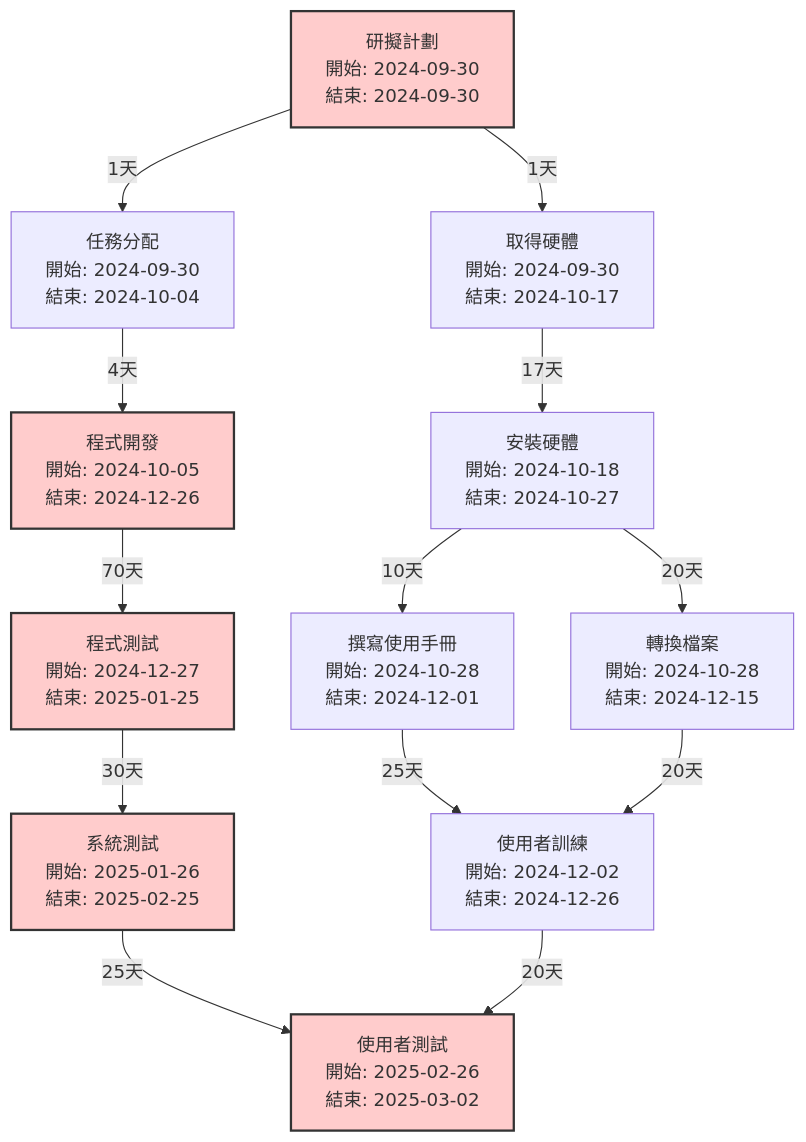
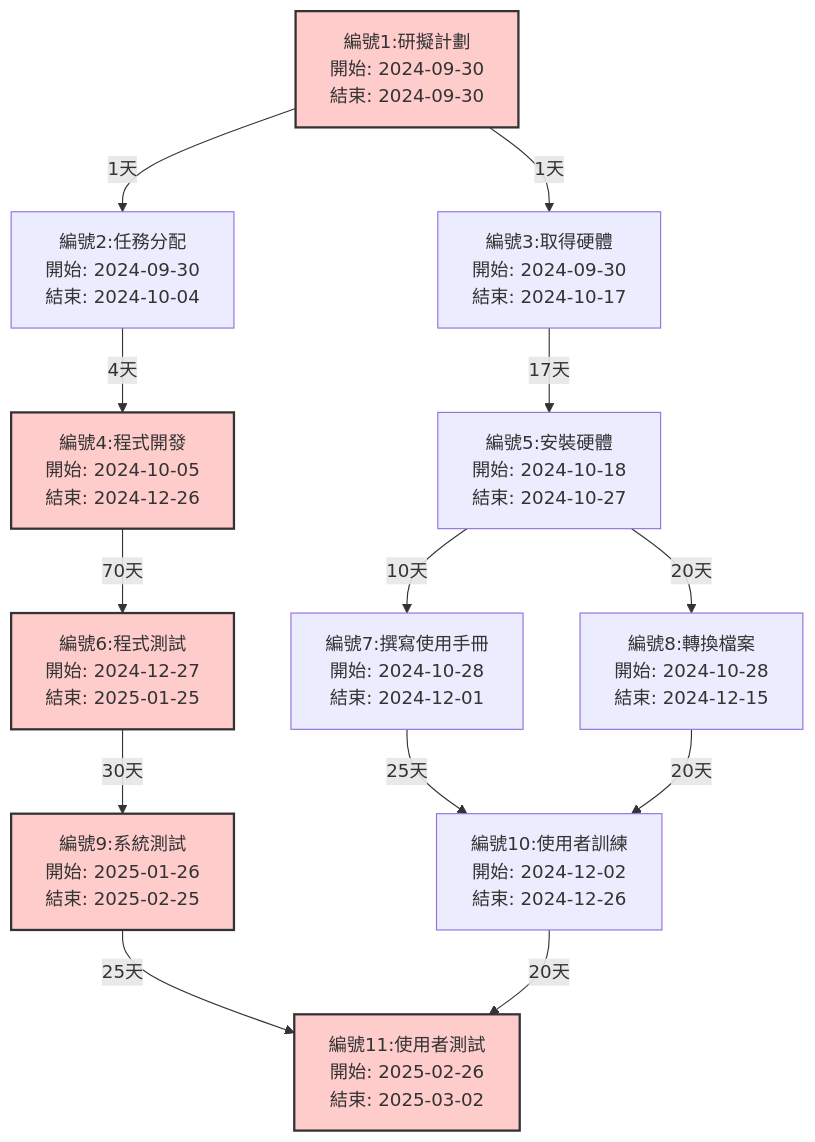
Before and after one commit to gino2066/-: the second of 2 diagrams in README.md, drawn with Mermaid.

````diff
--- a/README.md
+++ b/README.md
@@ -34,21 +34,21 @@
 ```mermaid
 graph TD;
-    A[研擬計劃<br/>開始: 2024-09-30<br/>結束: 2024-09-30] -->|1天| B[任務分配<br/>開始: 2024-09-30<br/>結束: 2024-10-04];
-    A -->|1天| C[取得硬體<br/>開始: 2024-09-30<br/>結束: 2024-10-17];
-    B -->|4天| D[程式開發<br/>開始: 2024-10-05<br/>結束: 2024-12-26];
-    C -->|17天| E[安裝硬體<br/>開始: 2024-10-18<br/>結束: 2024-10-27];
-    D -->|70天| F[程式測試<br/>開始: 2024-12-27<br/>結束: 2025-01-25];
-    E -->|10天| G[撰寫使用手冊<br/>開始: 2024-10-28<br/>結束: 2024-12-01];
-    E -->|20天| H[轉換檔案<br/>開始: 2024-10-28<br/>結束: 2024-12-15];
-    F -->|30天| I[系統測試<br/>開始: 2025-01-26<br/>結束: 2025-02-25];
-    G -->|25天| J[使用者訓練<br/>開始: 2024-12-02<br/>結束: 2024-12-26];
+    A[編號1:研擬計劃<br/>開始: 2024-09-30<br/>結束: 2024-09-30] -->|1天| B[編號2:任務分配<br/>開始: 2024-09-30<br/>結束: 2024-10-04];
+    A -->|1天| C[編號3:取得硬體<br/>開始: 2024-09-30<br/>結束: 2024-10-17];
+    B -->|4天| D[編號4:程式開發<br/>開始: 2024-10-05<br/>結束: 2024-12-26];
+    C -->|17天| E[編號5:安裝硬體<br/>開始: 2024-10-18<br/>結束: 2024-10-27];
+    D -->|70天| F[編號6:程式測試<br/>開始: 2024-12-27<br/>結束: 2025-01-25];
+    E -->|10天| G[編號7:撰寫使用手冊<br/>開始: 2024-10-28<br/>結束: 2024-12-01];
+    E -->|20天| H[編號8:轉換檔案<br/>開始: 2024-10-28<br/>結束: 2024-12-15];
+    F -->|30天| I[編號9:系統測試<br/>開始: 2025-01-26<br/>結束: 2025-02-25];
+    G -->|25天| J[編號10:使用者訓練<br/>開始: 2024-12-02<br/>結束: 2024-12-26];
     H -->|20天| J;
-    I -->|25天| K[使用者測試<br/>開始: 2025-02-26<br/>結束: 2025-03-02];
+    I -->|25天| K[編號11:使用者測試<br/>開始: 2025-02-26<br/>結束: 2025-03-02];
     J -->|20天| K;
 
     style A fill:#ffcccc,stroke:#333,stroke-width:2px;
     style D fill:#ffcccc,stroke:#333,stroke-width:2px;
     style F fill:#ffcccc,stroke:#333,stroke-width:2px;
     style I fill:#ffcccc,stroke:#333,stroke-width:2px;
     style K fill:#ffcccc,stroke:#333,stroke-width:2px;
 ```
````
